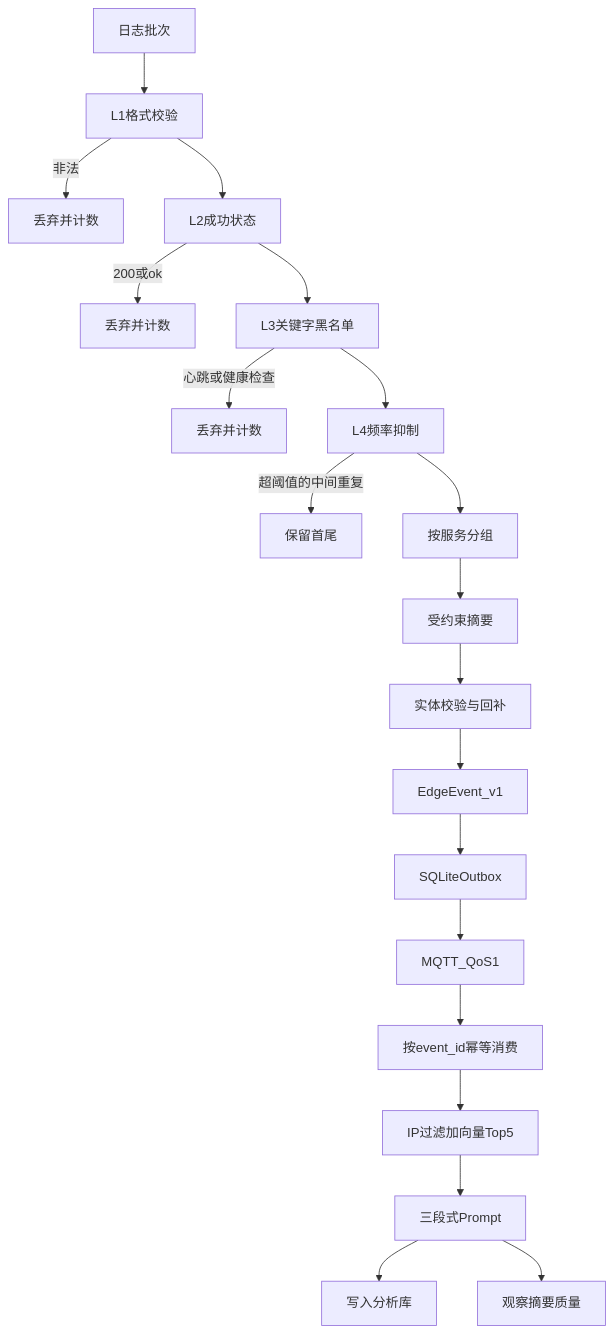
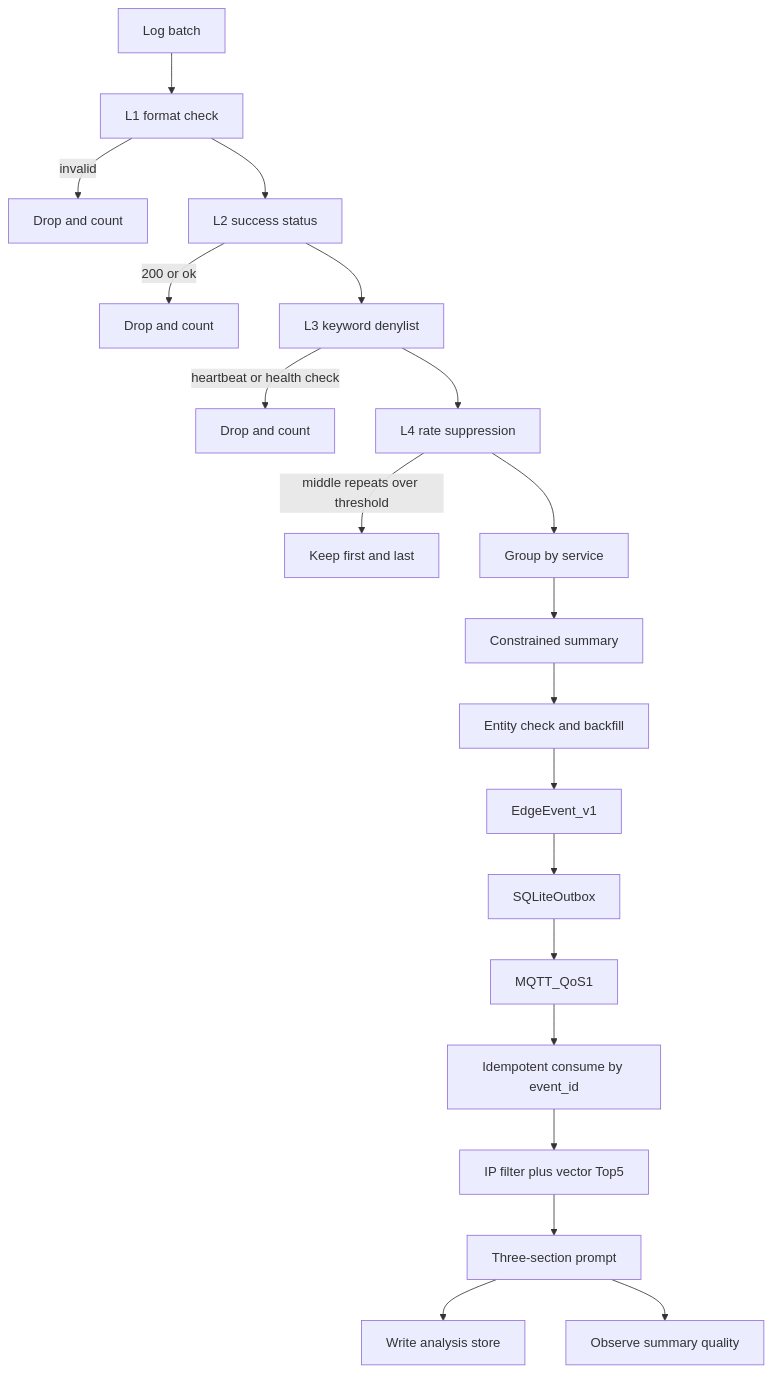
The second of 4 diagrams in README.md (fanqingsong/edge-semantic-compress-intelligence), drawn with Mermaid before and after one commit. The commit also changed other lines of this file and 33 other files, not shown here.

````diff
--- a/README.md
+++ b/README.md
@@ -58,22 +58,22 @@
 ```mermaid
 flowchart TD
-	Batch[日志批次] --> L1[L1格式校验]
-	L1 -->|非法| DropFormat[丢弃并计数]
-	L1 --> L2[L2成功状态]
-	L2 -->|200或ok| DropStatus[丢弃并计数]
-	L2 --> L3[L3关键字黑名单]
-	L3 -->|心跳或健康检查| DropKeyword[丢弃并计数]
-	L3 --> L4[L4频率抑制]
-	L4 -->|超阈值的中间重复| DropRepeat[保留首尾]
-	L4 --> GroupByService[按服务分组]
-	GroupByService --> Summarize[受约束摘要]
-	Summarize --> EntityFill[实体校验与回补]
+	Batch[Log batch] --> L1[L1 format check]
+	L1 -->|invalid| DropFormat[Drop and count]
+	L1 --> L2[L2 success status]
+	L2 -->|200 or ok| DropStatus[Drop and count]
+	L2 --> L3[L3 keyword denylist]
+	L3 -->|heartbeat or health check| DropKeyword[Drop and count]
+	L3 --> L4[L4 rate suppression]
+	L4 -->|middle repeats over threshold| DropRepeat[Keep first and last]
+	L4 --> GroupByService[Group by service]
+	GroupByService --> Summarize[Constrained summary]
+	Summarize --> EntityFill[Entity check and backfill]
 	EntityFill --> EdgeEvent[EdgeEvent_v1]
 	EdgeEvent --> Outbox[SQLiteOutbox]
 	Outbox --> Publish[MQTT_QoS1]
-	Publish --> Consume[按event_id幂等消费]
-	Consume --> Retrieve[IP过滤加向量Top5]
-	Retrieve --> Prompt[三段式Prompt]
-	Prompt --> Persist[写入分析库]
-	Prompt --> Observe[观察摘要质量]
+	Publish --> Consume[Idempotent consume by event_id]
+	Consume --> Retrieve[IP filter plus vector Top5]
+	Retrieve --> Prompt[Three-section prompt]
+	Prompt --> Persist[Write analysis store]
+	Prompt --> Observe[Observe summary quality]
 ```
````
